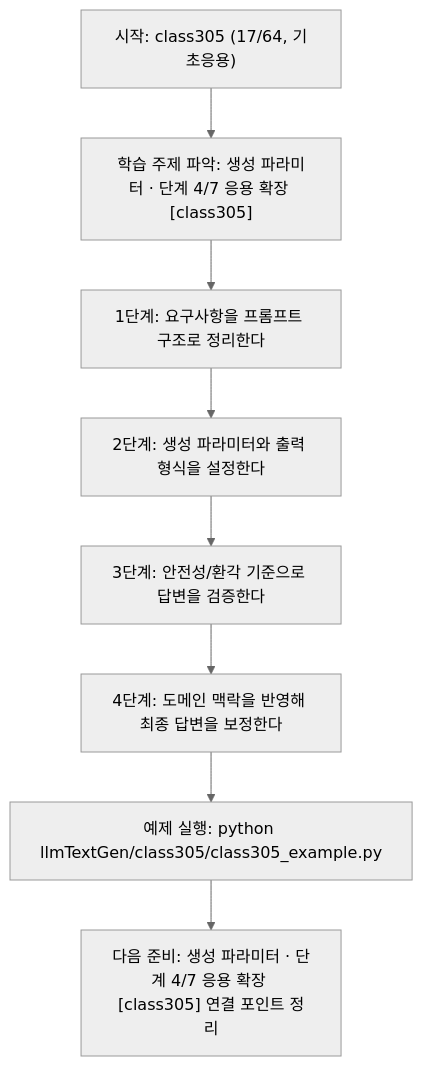
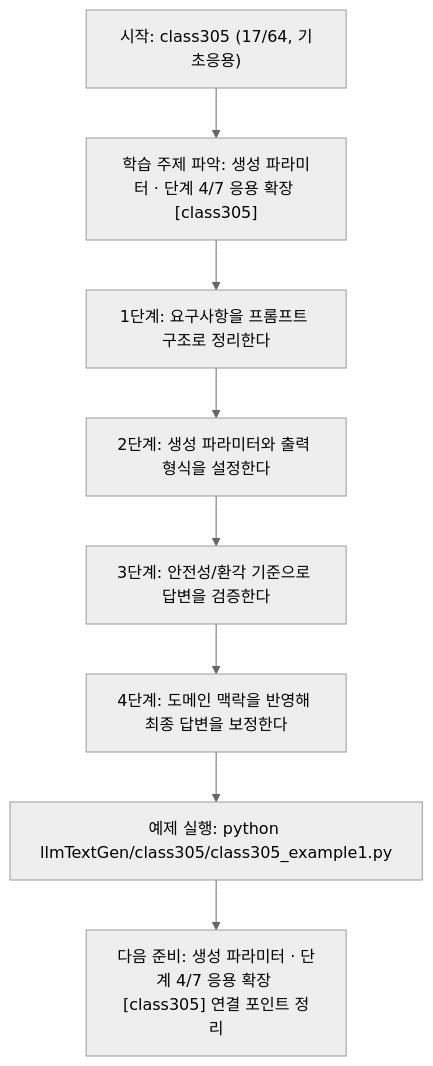
One commit to edumgt/Python-AI_Agent-Class changed the diagram in llmTextGen/class305/class305.md. Above: the diagram before and after it, drawn with Mermaid (neutral theme). The commit also changed other lines of this file and 2959 other files, not shown here.

````diff
--- a/llmTextGen/class305/class305.md
+++ b/llmTextGen/class305/class305.md
@@ -113,18 +113,18 @@
 ```mermaid
 flowchart TD
 N1["시작: class305 (17/64, 기초응용)"]
 N2["학습 주제 파악: 생성 파라미터 · 단계 4/7 응용 확장 [class305]"]
 N3["1단계: 요구사항을 프롬프트 구조로 정리한다"]
 N4["2단계: 생성 파라미터와 출력 형식을 설정한다"]
 N5["3단계: 안전성/환각 기준으로 답변을 검증한다"]
 N6["4단계: 도메인 맥락을 반영해 최종 답변을 보정한다"]
-N7["예제 실행: python llmTextGen/class305/class305_example.py"]
+N7["예제 실행: python llmTextGen/class305/class305_example1.py"]
 N8["다음 준비: 생성 파라미터 · 단계 4/7 응용 확장 [class305] 연결 포인트 정리"]
 N1 --> N2
 N2 --> N3
 N3 --> N4
 N4 --> N5
 N5 --> N6
 N6 --> N7
 N7 --> N8
 ```
````
